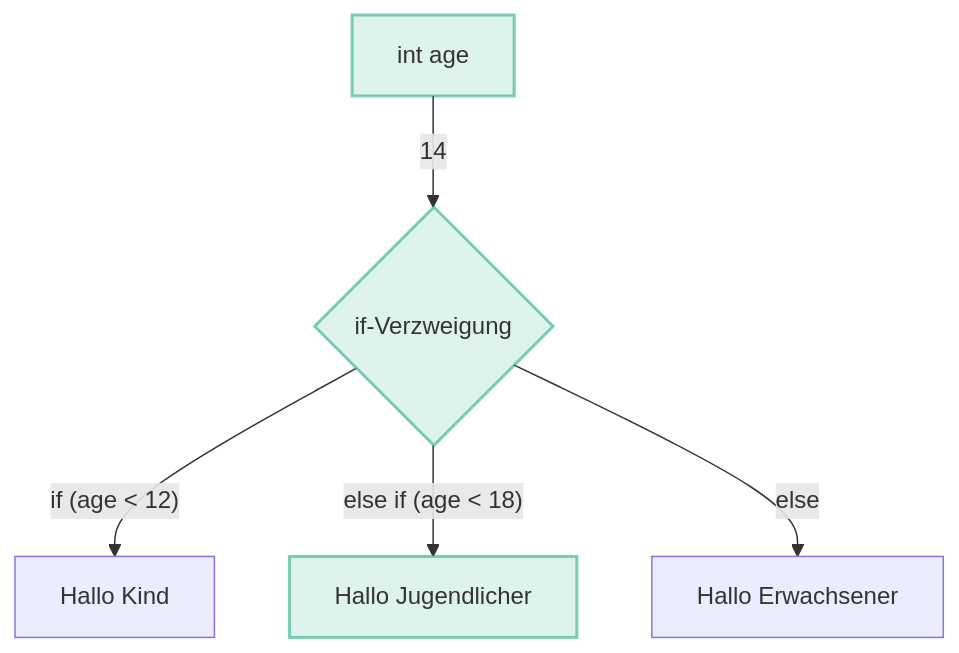
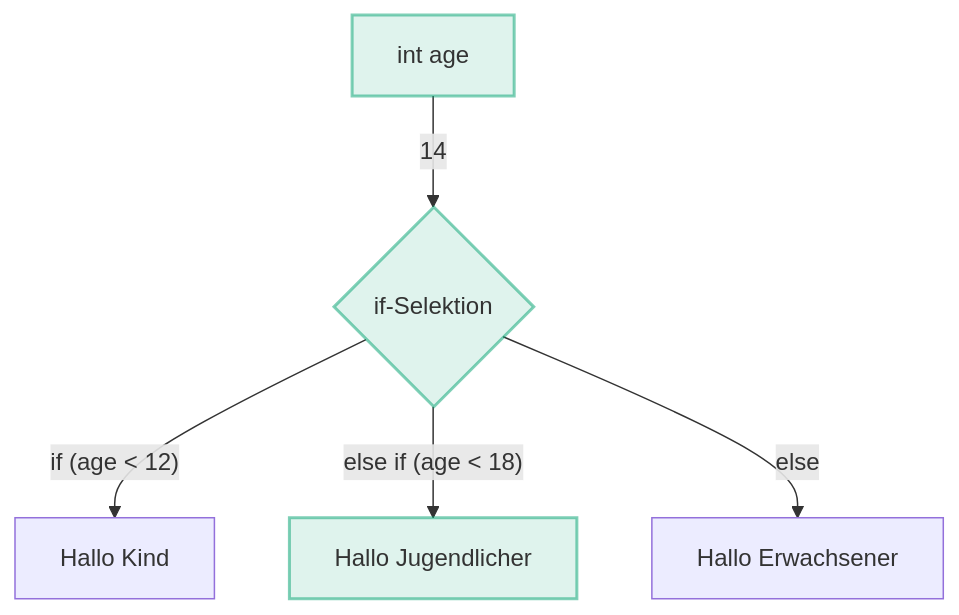
Before and after one commit to codingluke/bbzbl-modul-319: the second of 2 diagrams in docs/woche03/3a-konditionen/if-kontrollstruktur.md, drawn with Mermaid. The commit also changed other lines of this file and 9 other files, not shown here.

````diff
--- a/docs/woche03/3a-konditionen/if-kontrollstruktur.md
+++ b/docs/woche03/3a-konditionen/if-kontrollstruktur.md
@@ -141,11 +141,11 @@
 ```mermaid
 flowchart TD
-    A[int age] -->|14| B{if-Verzweigung}
+    A[int age] -->|14| B{if-Selektion}
     B -->|"if (age < 12)"| D[Hallo Kind]
     B -->|"else if (age < 18)"| E[Hallo Jugendlicher]
     B -->|else| F[Hallo Erwachsener]
 
     style A fill:#00A17020,stroke:#00A17080,stroke-width:2px
     style B fill:#00A17020,stroke:#00A17080,stroke-width:2px
     style E fill:#00A17020,stroke:#00A17080,stroke-width:2px
 ```
````
